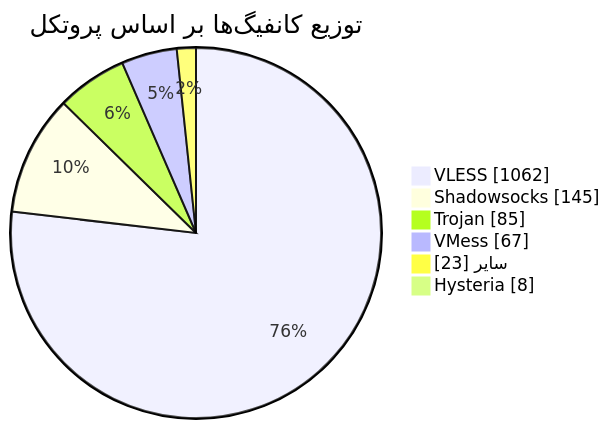
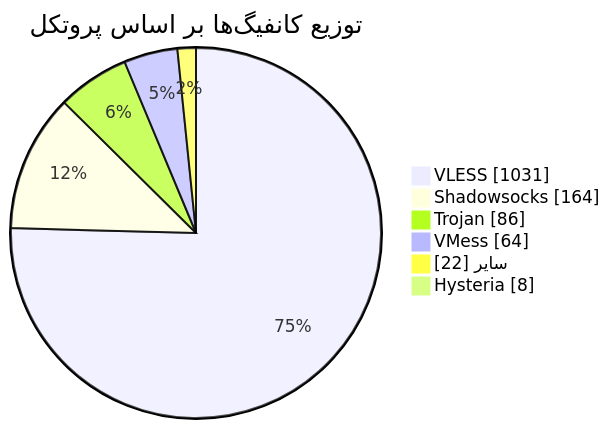
The diagram in README.md (Arian-Alijani/Somthing), drawn with Mermaid before and after one commit. The commit also changed other lines of this file and 91 other files, not shown here.

````diff
--- a/README.md
+++ b/README.md
@@ -50,10 +50,10 @@
 ```mermaid
 pie showData
     title توزیع کانفیگ‌ها بر اساس پروتکل
-    "VLESS" : 1062
-    "Shadowsocks" : 145
-    "Trojan" : 85
-    "VMess" : 67
-    "سایر" : 23
+    "VLESS" : 1031
+    "Shadowsocks" : 164
+    "Trojan" : 86
+    "VMess" : 64
+    "سایر" : 22
     "Hysteria" : 8
 ```
````
